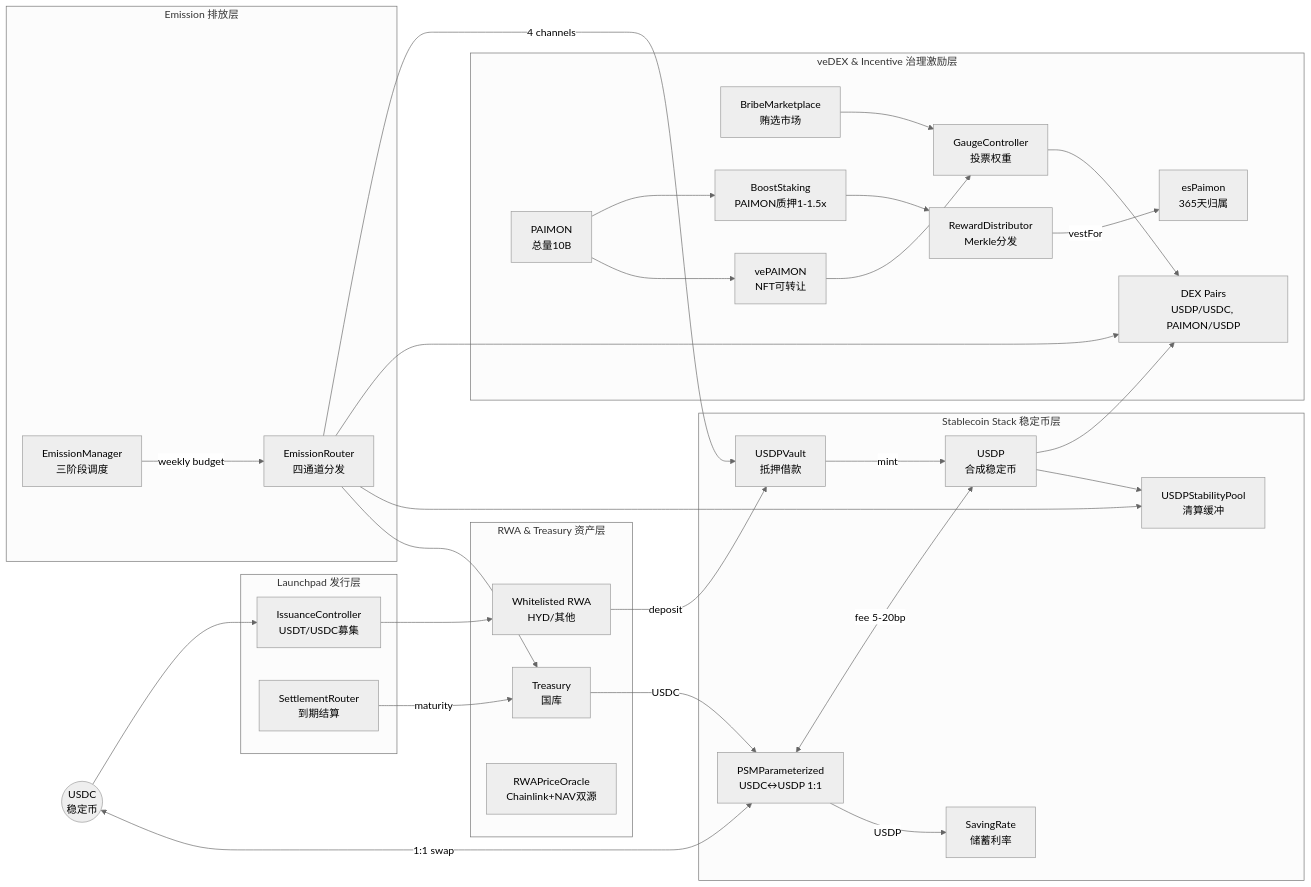
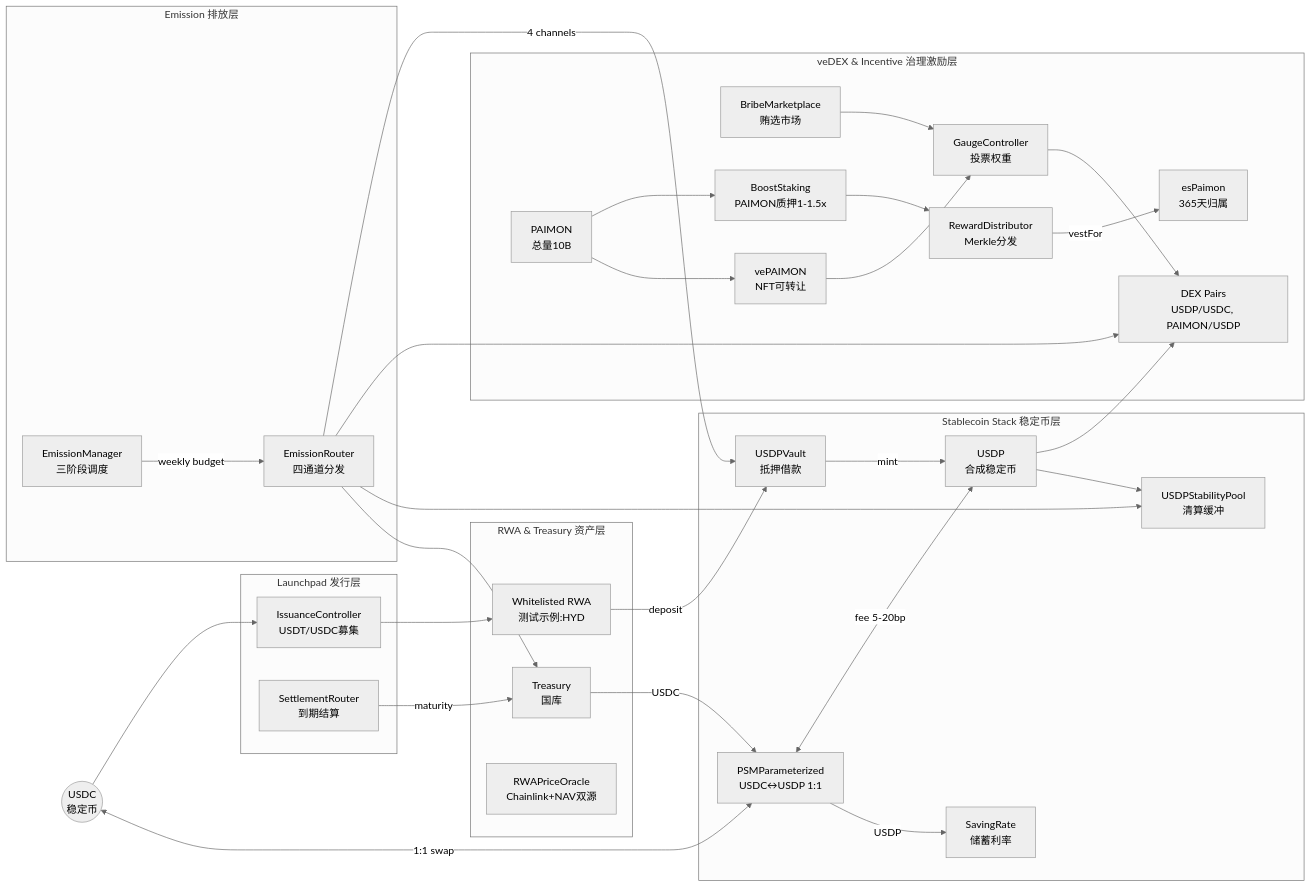
Before and after one commit to rocky2431/paimon-dex-protocol: the first of 2 diagrams in paimon-rwa-contracts/README.md, drawn with Mermaid (neutral theme). The commit also changed other lines of this file and 4 other files, not shown here.

````diff
--- a/paimon-rwa-contracts/README.md
+++ b/paimon-rwa-contracts/README.md
@@ -30,55 +30,55 @@
 ```mermaid
 flowchart LR
   subgraph L[Launchpad 发行层]
     IC[IssuanceController<br/>USDT/USDC募集]
     SR[SettlementRouter<br/>到期结算]
   end
 
   subgraph RWA[RWA & Treasury 资产层]
-    RWA1[Whitelisted RWA<br/>HYD/其他]
+    RWA1[Whitelisted RWA<br/>测试示例:HYD]
     TR[Treasury<br/>国库]
     OR[RWAPriceOracle<br/>Chainlink+NAV双源]
   end
 
   subgraph ST[Stablecoin Stack 稳定币层]
     USDP[USDP<br/>合成稳定币]
     PSM[PSMParameterized<br/>USDC↔USDP 1:1]
     SRt[SavingRate<br/>储蓄利率]
     V[USDPVault<br/>抵押借款]
     SP[USDPStabilityPool<br/>清算缓冲]
   end
 
   subgraph GOV[veDEX & Incentive 治理激励层]
     AMM[DEX Pairs<br/>USDP/USDC, PAIMON/USDP]
     GC[GaugeController<br/>投票权重]
     BR[BribeMarketplace<br/>贿选市场]
     RD[RewardDistributor<br/>Merkle分发]
     BS[BoostStaking<br/>PAIMON质押1-1.5x]
     VE[vePAIMON<br/>NFT可转让]
     ESP[esPaimon<br/>365天归属]
     PM[PAIMON<br/>总量10B]
   end
 
   subgraph EM[Emission 排放层]
     EMgr[EmissionManager<br/>三阶段调度]
     EMrt[EmissionRouter<br/>四通道分发]
   end
 
   USDC((USDC<br/>稳定币)) --> IC --> RWA1
   SR -->|maturity| TR
   RWA1 -->|deposit| V
   V -->|mint| USDP
   USDC <-->|1:1 swap| PSM <-->|fee 5-20bp| USDP
   USDP --> AMM
   USDP --> SP
   PM --> BS --> RD
   PM --> VE --> GC --> AMM
   BR --> GC
   RD -->|vestFor| ESP
   TR -->|USDC| PSM -->|USDP| SRt
   EMgr -->|weekly budget| EMrt
   EMrt -->|4 channels| V
   EMrt --> AMM
   EMrt --> SP
   EMrt --> TR
 ```
````
